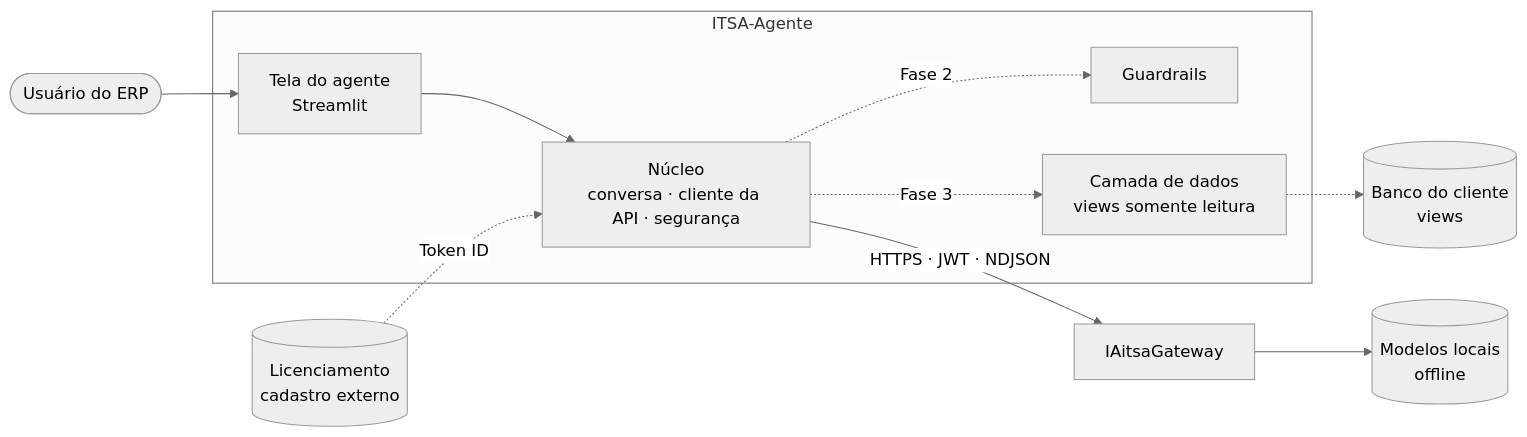
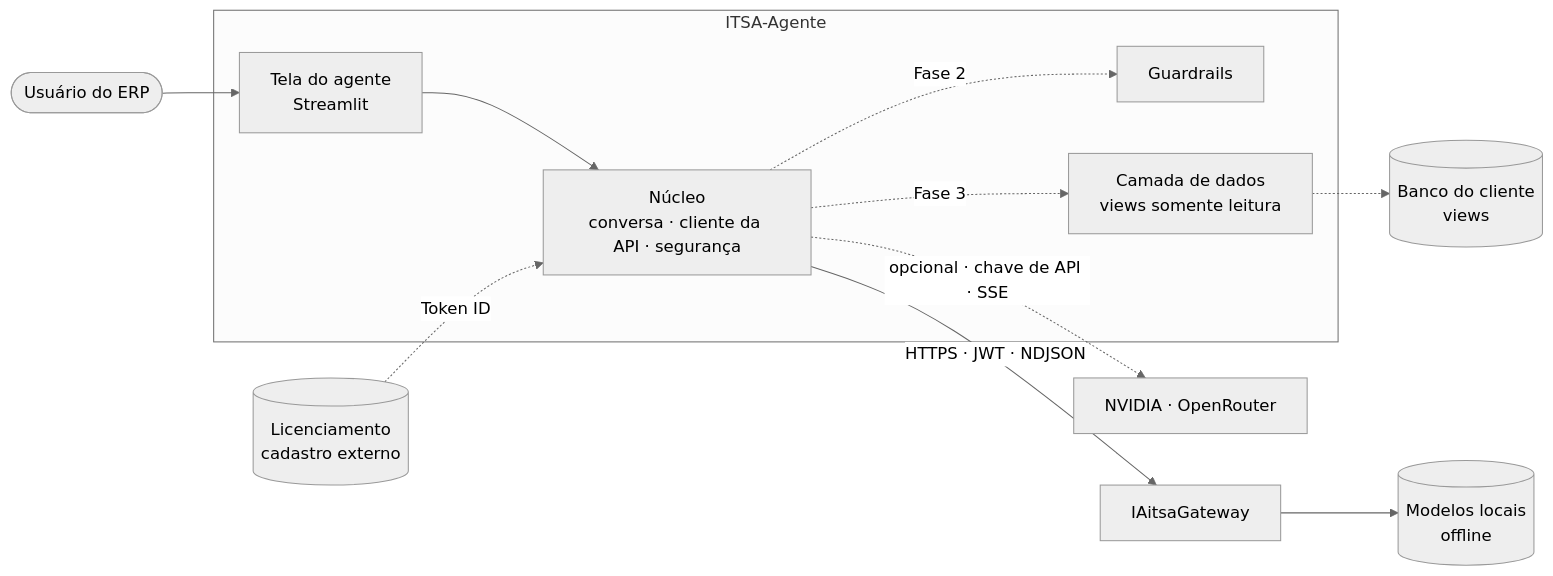
Before and after one commit to CamargoRomuloNegi/ITSA-Agente: the first of 5 diagrams in docs/sdd/02-arquitetura.md, drawn with Mermaid (neutral theme). The commit also changed other lines of this file and 43 other files, not shown here.

````diff
--- a/docs/sdd/02-arquitetura.md
+++ b/docs/sdd/02-arquitetura.md
@@ -5,13 +5,14 @@
 ```mermaid
 flowchart LR
     U([Usuário do ERP]) --> T[Tela do agente<br/>Streamlit]
     subgraph ITSA-Agente
         T --> N[Núcleo<br/>conversa · cliente da API · segurança]
         N -.Fase 2.-> G[Guardrails]
         N -.Fase 3.-> D[Camada de dados<br/>views somente leitura]
     end
     N -->|HTTPS · JWT · NDJSON| GW[IAitsaGateway]
+    N -.opcional · chave de API · SSE.-> EXT[NVIDIA · OpenRouter]
     GW --> M[(Modelos locais<br/>offline)]
     D -.-> DB[(Banco do cliente<br/>views)]
     LIC[(Licenciamento<br/>cadastro externo)] -.Token ID.-> N
 ```
````
